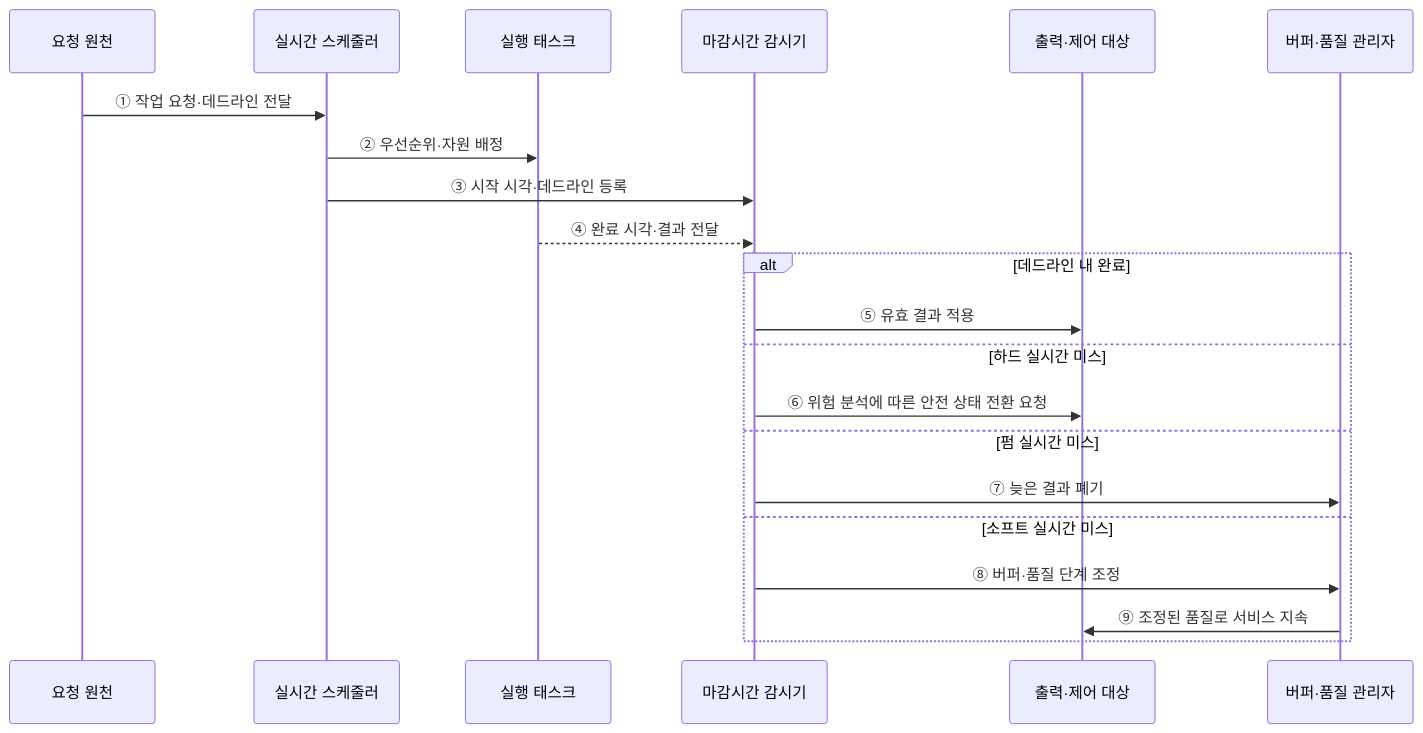
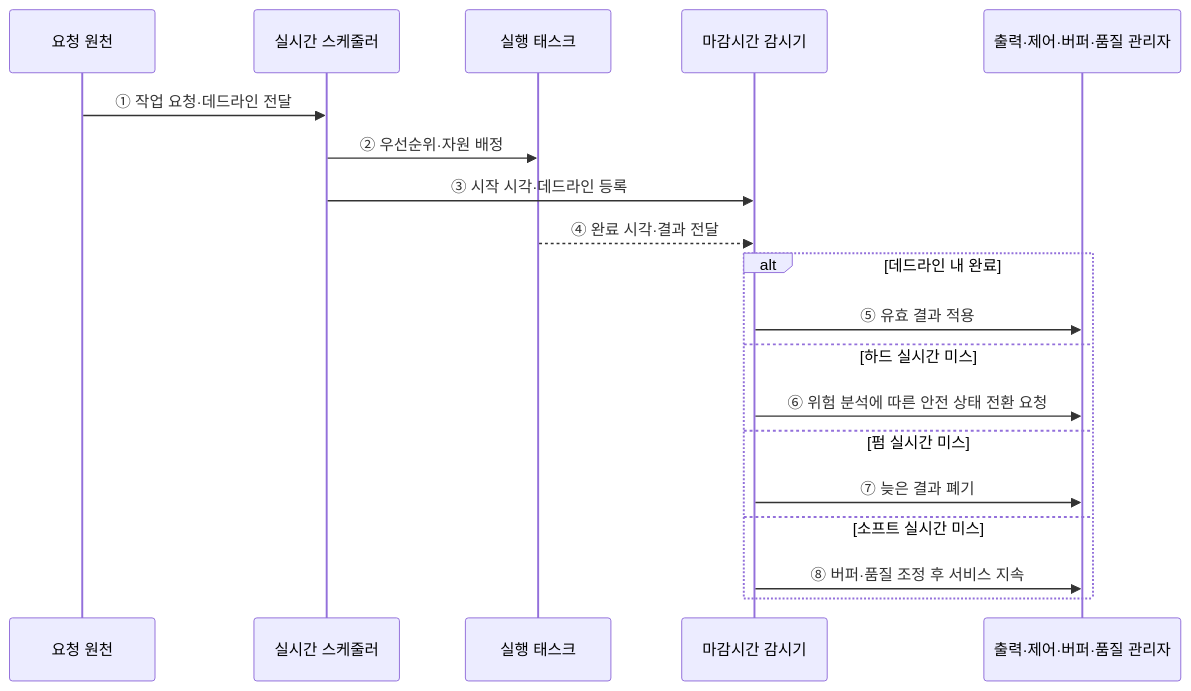
One commit to agnusdei1207/knowledge-base changed the second of 2 diagrams in src/content/docs/notes/02-hardware/062_hard_soft_real_time.md. Above: the diagram before and after it, drawn with Mermaid. The commit also changed other lines of this file and 20 other files, not shown here.

````diff
--- a/src/content/docs/notes/02-hardware/062_hard_soft_real_time.md
+++ b/src/content/docs/notes/02-hardware/062_hard_soft_real_time.md
@@ -89,24 +76,22 @@
 ```mermaid
 sequenceDiagram
     participant R as 요청 원천
     participant S as 실시간 스케줄러
     participant T as 실행 태스크
     participant D as 마감시간 감시기
-    participant O as 출력·제어 대상
-    participant Q as 버퍼·품질 관리자
+    participant O as 출력·제어·버퍼·품질 관리자
 
     R->>S: ① 작업 요청·데드라인 전달
     S->>T: ② 우선순위·자원 배정
     S->>D: ③ 시작 시각·데드라인 등록
     T-->>D: ④ 완료 시각·결과 전달
     alt 데드라인 내 완료
         D->>O: ⑤ 유효 결과 적용
     else 하드 실시간 미스
         D->>O: ⑥ 위험 분석에 따른 안전 상태 전환 요청
     else 펌 실시간 미스
-        D->>Q: ⑦ 늦은 결과 폐기
+        D->>O: ⑦ 늦은 결과 폐기
     else 소프트 실시간 미스
-        D->>Q: ⑧ 버퍼·품질 단계 조정
-        Q->>O: ⑨ 조정된 품질로 서비스 지속
+        D->>O: ⑧ 버퍼·품질 조정 후 서비스 지속
     end
 ```
````
